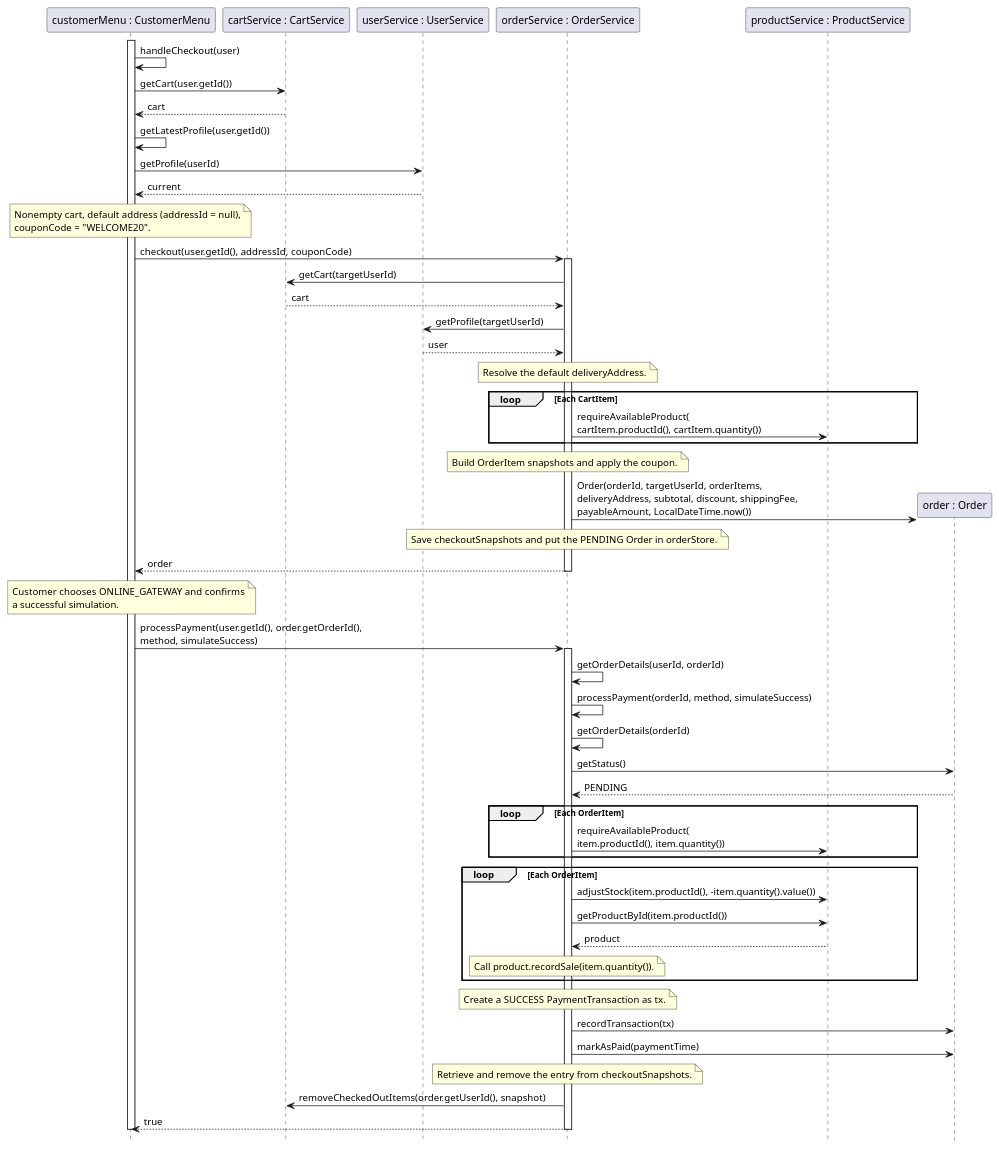
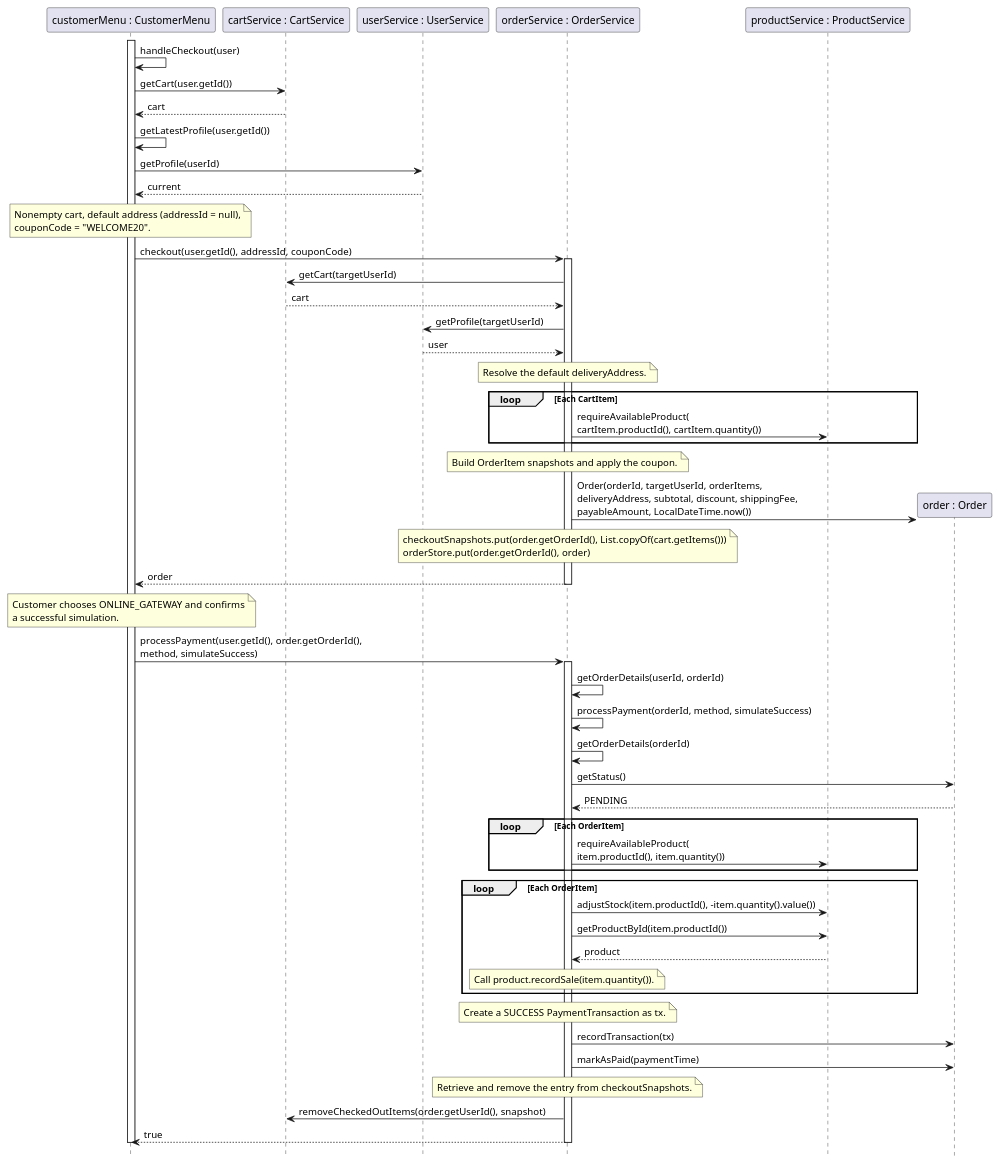
Before and after one commit to Mohammad-Aali-aut/online-shop-java: the diagram in docs/uml/plantuml/06-sequence.puml, drawn with PlantUML. The commit also changed 6 other files, not shown here.

Commit message:
docs: align UML diagrams with member-1 changes

```diff
--- a/docs/uml/plantuml/06-sequence.puml
+++ b/docs/uml/plantuml/06-sequence.puml
@@ -1,70 +1,71 @@
 @startuml
 hide footbox
 skinparam shadowing false
 
 participant "customerMenu : CustomerMenu" as customerMenu
 participant "cartService : CartService" as cartService
 participant "userService : UserService" as userService
 participant "orderService : OrderService" as orderService
 participant "productService : ProductService" as productService
 
 activate customerMenu
 customerMenu -> customerMenu : handleCheckout(user)
 customerMenu -> cartService : getCart(user.getId())
 cartService --> customerMenu : cart
 customerMenu -> customerMenu : getLatestProfile(user.getId())
 customerMenu -> userService : getProfile(userId)
 userService --> customerMenu : current
 note over customerMenu
   Nonempty cart, default address (addressId = null),
   couponCode = "WELCOME20".
 end note
 
 customerMenu -> orderService : checkout(user.getId(), addressId, couponCode)
 activate orderService
 orderService -> cartService : getCart(targetUserId)
 cartService --> orderService : cart
 orderService -> userService : getProfile(targetUserId)
 userService --> orderService : user
 note over orderService : Resolve the default deliveryAddress.
 loop Each CartItem
   orderService -> productService : requireAvailableProduct(\ncartItem.productId(), cartItem.quantity())
 end
 note over orderService : Build OrderItem snapshots and apply the coupon.
 create participant "order : Order" as order
 orderService -> order : Order(orderId, targetUserId, orderItems,\ndeliveryAddress, subtotal, discount, shippingFee,\npayableAmount, LocalDateTime.now())
 note over orderService
-  Save checkoutSnapshots and put the PENDING Order in orderStore.
+  checkoutSnapshots.put(order.getOrderId(), List.copyOf(cart.getItems()))
+  orderStore.put(order.getOrderId(), order)
 end note
 orderService --> customerMenu : order
 deactivate orderService
 
 note over customerMenu
   Customer chooses ONLINE_GATEWAY and confirms
   a successful simulation.
 end note
 customerMenu -> orderService : processPayment(user.getId(), order.getOrderId(),\nmethod, simulateSuccess)
 activate orderService
 orderService -> orderService : getOrderDetails(userId, orderId)
 orderService -> orderService : processPayment(orderId, method, simulateSuccess)
 orderService -> orderService : getOrderDetails(orderId)
 orderService -> order : getStatus()
 order --> orderService : PENDING
 loop Each OrderItem
   orderService -> productService : requireAvailableProduct(\nitem.productId(), item.quantity())
 end
 loop Each OrderItem
   orderService -> productService : adjustStock(item.productId(), -item.quantity().value())
   orderService -> productService : getProductById(item.productId())
   productService --> orderService : product
   note over orderService : Call product.recordSale(item.quantity()).
 end
 note over orderService : Create a SUCCESS PaymentTransaction as tx.
 orderService -> order : recordTransaction(tx)
 orderService -> order : markAsPaid(paymentTime)
 note over orderService : Retrieve and remove the entry from checkoutSnapshots.
 orderService -> cartService : removeCheckedOutItems(order.getUserId(), snapshot)
 orderService --> customerMenu : true
 deactivate orderService
 deactivate customerMenu
 @enduml
```
